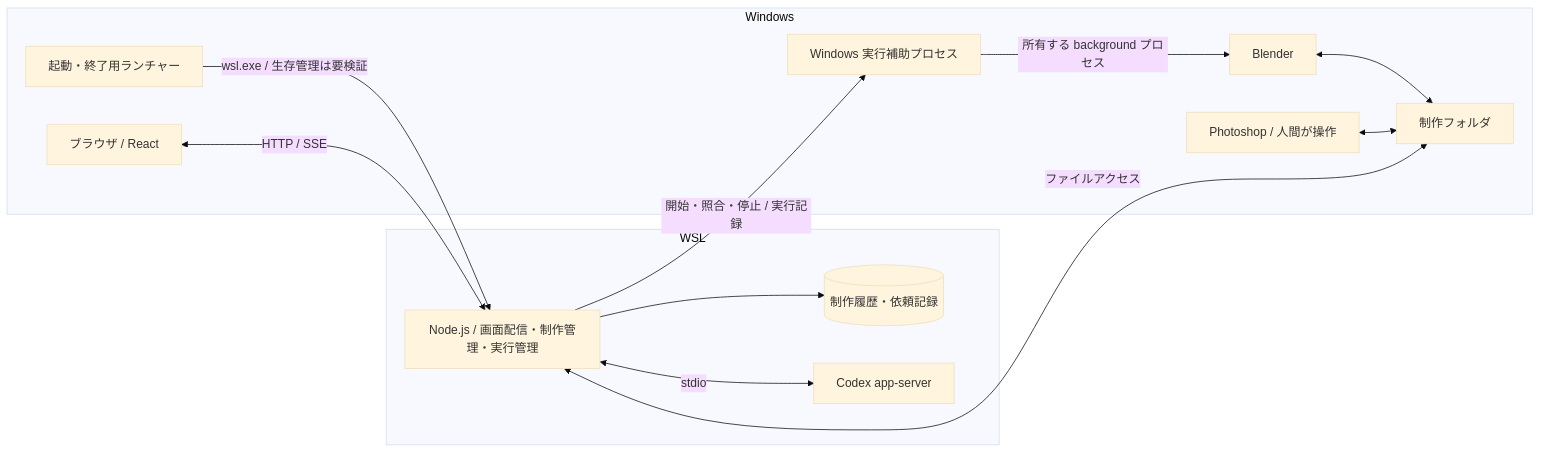
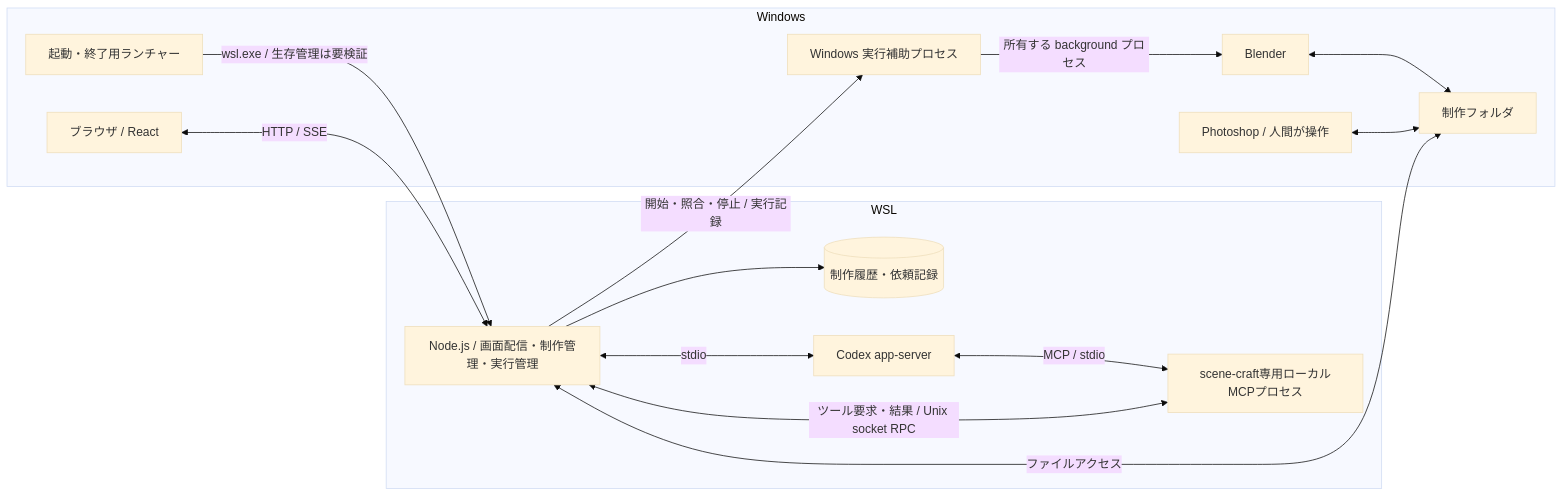
One commit to Kurarowa305/scene-craft changed the diagram in docs/design/application-architecture.md. Above: the diagram before and after it, drawn with Mermaid (base theme). The commit also changed other lines of this file and 8 other files, not shown here.

````diff
--- a/docs/design/application-architecture.md
+++ b/docs/design/application-architecture.md
@@ -21,25 +23,28 @@
 ```mermaid
 flowchart LR
   subgraph Windows
     Launcher[起動・終了用ランチャー]
     Browser[ブラウザ / React]
     Blender[Blender]
     Helper[Windows 実行補助プロセス]
     PS[Photoshop / 人間が操作]
     Files[制作フォルダ]
     Blender <--> Files
     PS <--> Files
   end
   subgraph WSL
     App[Node.js / 画面配信・制作管理・実行管理]
     DB[(制作履歴・依頼記録)]
     Codex[Codex app-server]
+    MCP[scene-craft専用ローカルMCPプロセス]
     App --> DB
     App <-->|stdio| Codex
+    Codex <-->|MCP / stdio| MCP
+    MCP <-->|ツール要求・結果 / Unix socket RPC| App
   end
   Launcher -->|wsl.exe / 生存管理は要検証| App
   Browser <-->|HTTP / SSE| App
   App <-->|ファイルアクセス| Files
   App -->|開始・照合・停止 / 実行記録| Helper
   Helper -->|所有する background プロセス| Blender
 ```
````
